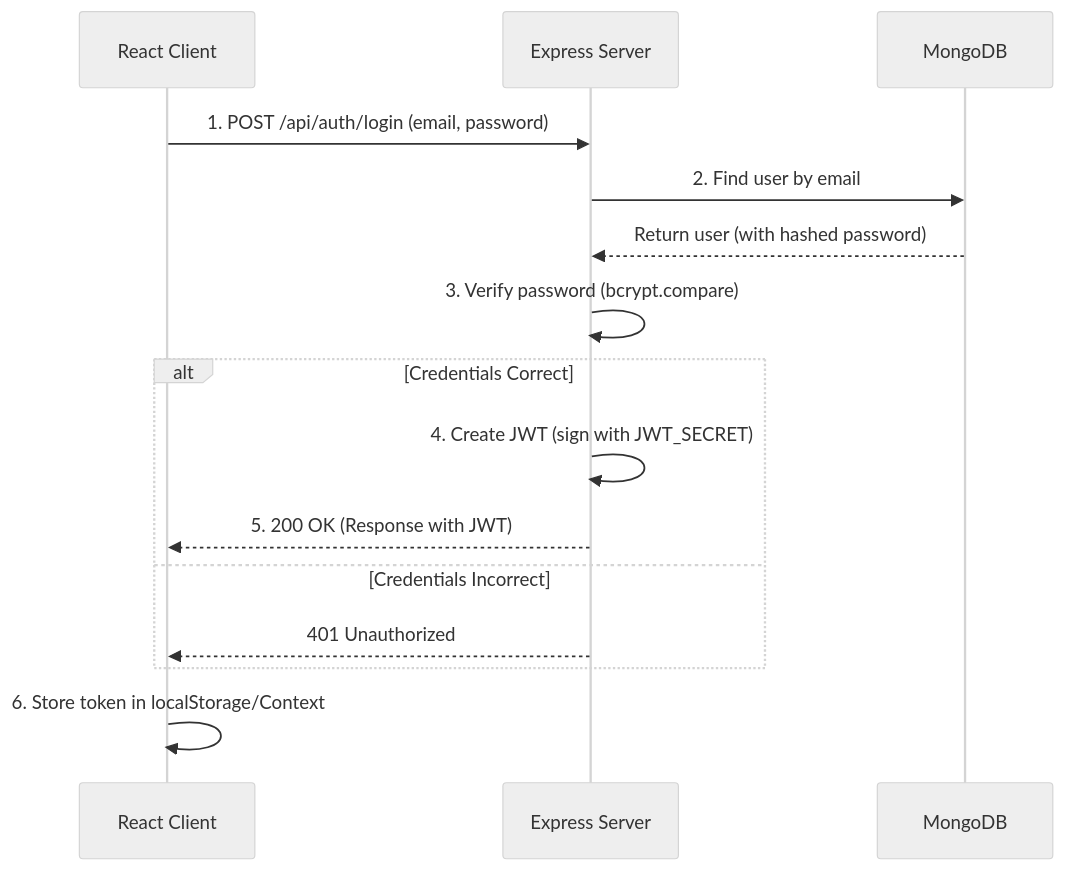
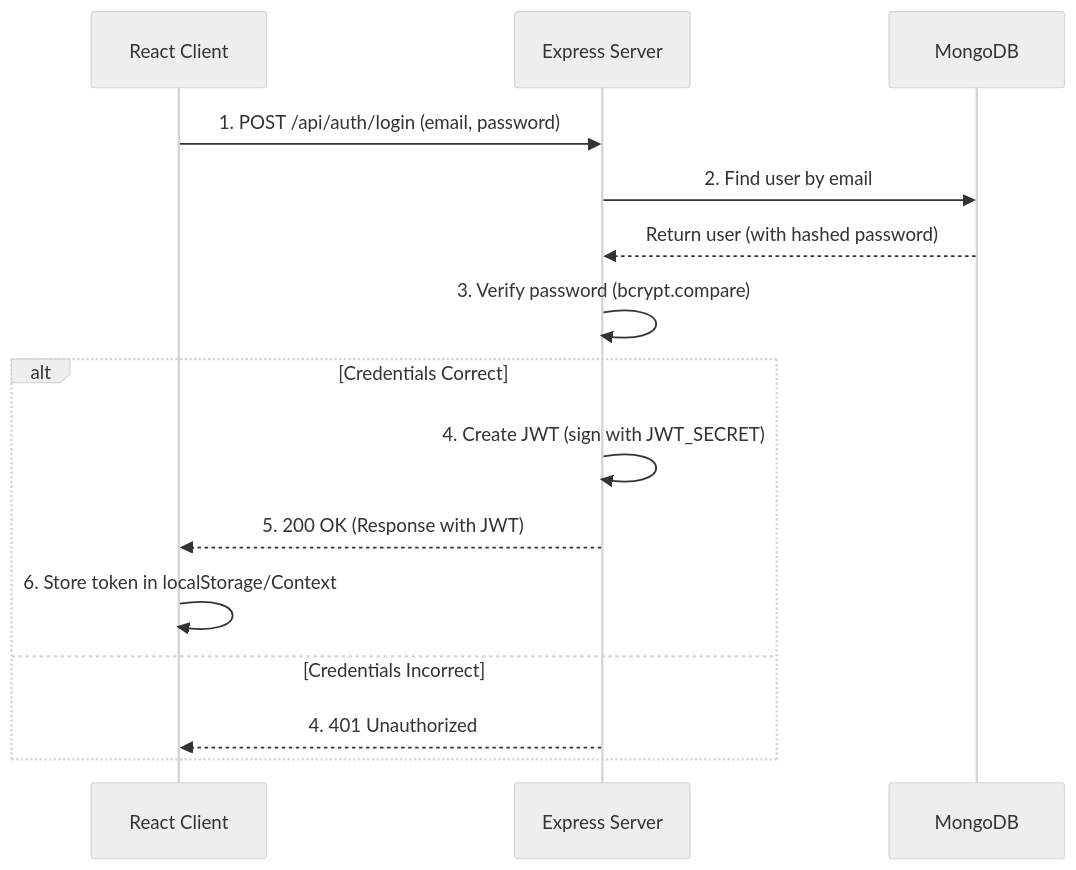
Before and after one commit to my-codespace/school-equipment-lending-portal-phase1: the third of 4 diagrams in README.md, drawn with Mermaid (neutral theme). The commit also changed other lines of this file, not shown here.

First line of the commit message:
Revise README diagrams and terminology

````diff
--- a/README.md
+++ b/README.md
@@ -50,18 +53,19 @@
 ```mermaid
 sequenceDiagram
     participant C as React Client
     participant S as Express Server
     participant DB as MongoDB
 
     C ->> S: 1. POST /api/auth/login (email, password)
     S ->> DB: 2. Find user by email
     DB -->> S: Return user (with hashed password)
     S ->> S: 3. Verify password (bcrypt.compare)
+    
     alt Credentials Correct
         S ->> S: 4. Create JWT (sign with JWT_SECRET)
         S -->> C: 5. 200 OK (Response with JWT)
+        C ->> C: 6. Store token in localStorage/Context
     else Credentials Incorrect
-        S -->> C: 401 Unauthorized
+        S -->> C: 4. 401 Unauthorized
     end
-    C ->> C: 6. Store token in localStorage/Context
 ```
````
